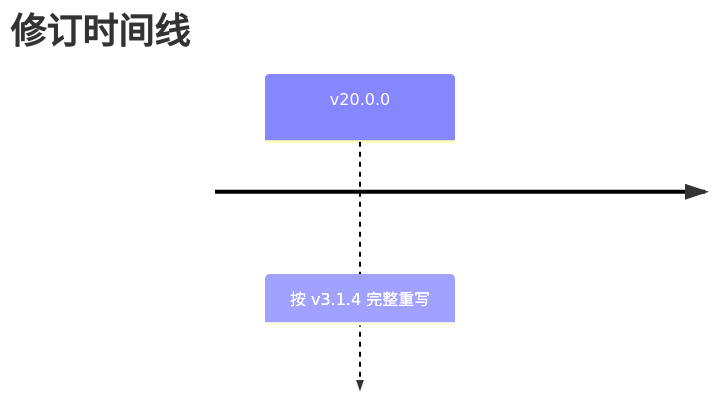
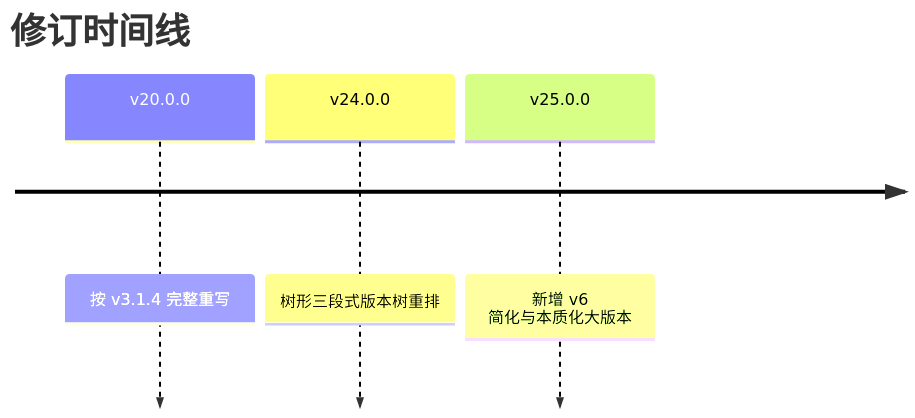
Before and after one commit to THZSummer/sddu: the eighth of 8 diagrams in .sddu/ROADMAP.md, drawn with Mermaid. The commit also changed other lines of this file, not shown here.

First line of the commit message:
docs(roadmap): 新增 v6「简化与本质化」大版本（PR-017/P-042）+ v5.3.0 移出单列 v12「多平台适配（二期）」

````diff
--- a/.sddu/ROADMAP.md
+++ b/.sddu/ROADMAP.md
@@ -978,5 +1006,7 @@
 ```mermaid
 timeline
     title 修订时间线
     v20.0.0 : 按 v3.1.4 完整重写
+    v24.0.0 : 树形三段式版本树重排
+    v25.0.0 : 新增 v6 简化与本质化大版本
 ```
````
